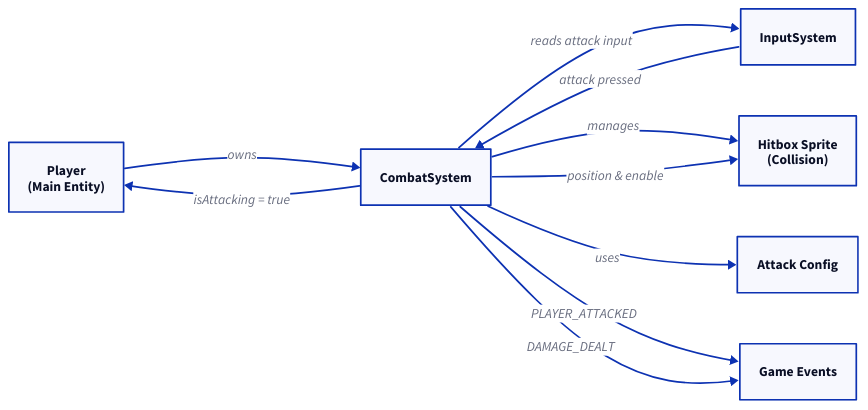
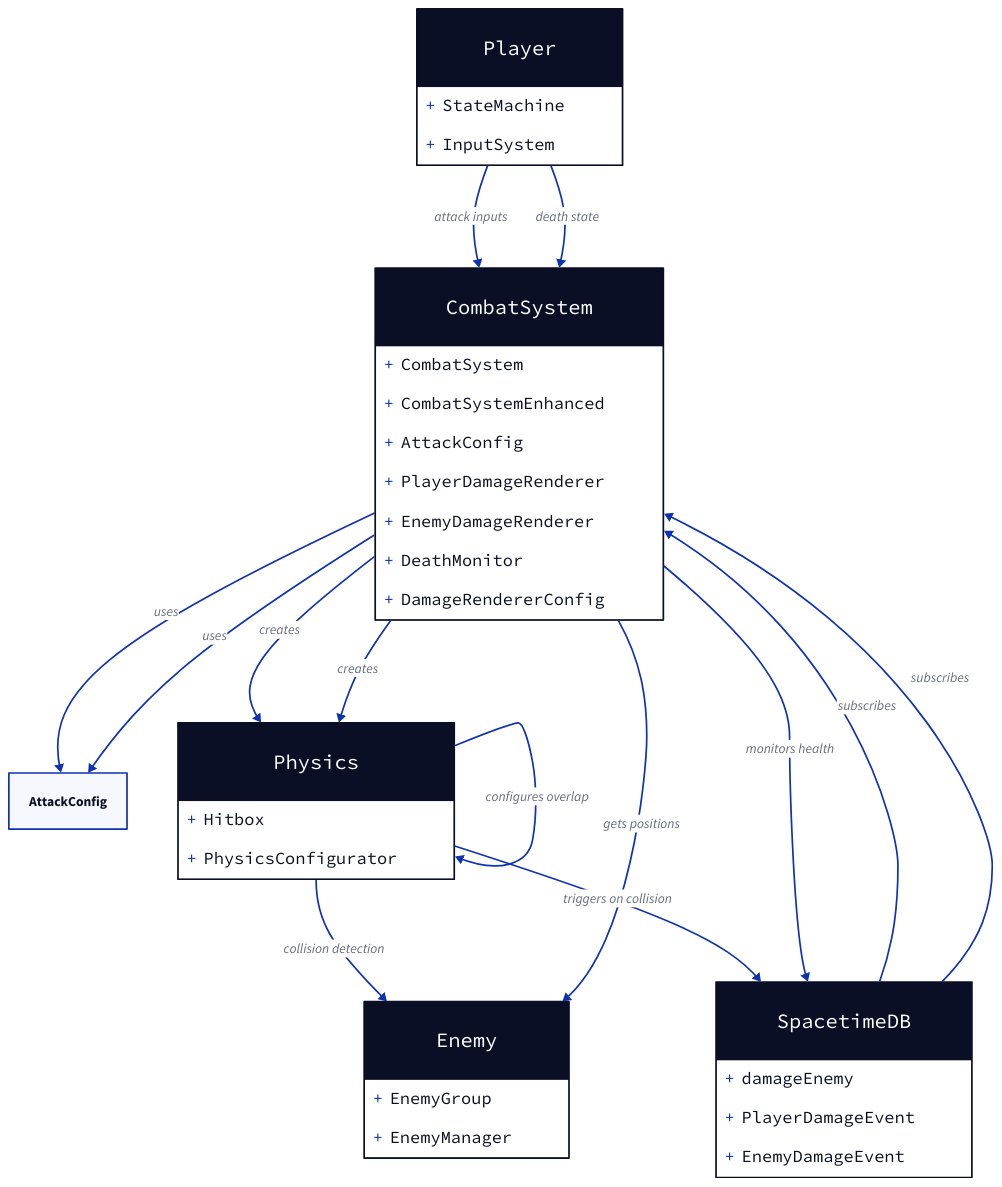
One commit to DevTK0/jump-story-mvp changed the first of 2 diagrams in docs/content/docs/player/combat.md. Above: the diagram before and after it, drawn with D2. The commit also changed other lines of this file and 10 other files, not shown here.

````diff
--- a/docs/content/docs/player/combat.md
+++ b/docs/content/docs/player/combat.md
@@ -5,42 +5,55 @@
-```d2
-direction: right
+```d2 layout="elk"
+CombatSystem: {
+    shape: class
+    CombatSystem
+    CombatSystemEnhanced
+    AttackConfig
+    PlayerDamageRenderer
+    EnemyDamageRenderer
+    DeathMonitor
+    DamageRendererConfig
+}
+
+CombatSystem.CombatSystem -> AttackConfig: uses
+CombatSystem.CombatSystemEnhanced -> AttackConfig: uses
+CombatSystem.CombatSystem -> Physics.Hitbox: creates
+CombatSystem.CombatSystemEnhanced -> Physics.Hitbox: creates
+
+Physics: {
+    shape: class
+    PhysicsConfigurator
+    Hitbox
+}
+
+Physics.PhysicsConfigurator -> Physics.Hitbox: configures overlap
+Physics.PhysicsConfigurator -> Enemy.EnemyGroup: collision detection
+
+SpacetimeDB: {
+    shape: class
+    damageEnemy
+    PlayerDamageEvent
+    EnemyDamageEvent
+}
+
+Physics.Hitbox -> SpacetimeDB.damageEnemy: triggers on collision
+SpacetimeDB.PlayerDamageEvent -> CombatSystem.PlayerDamageRenderer: subscribes
+SpacetimeDB.EnemyDamageEvent -> CombatSystem.EnemyDamageRenderer: subscribes
 
 Player: {
-  label: "Player\n(Main Entity)"
+    shape: class
+    StateMachine
+    InputSystem
 }
 
-CombatSystem: {
-  label: "CombatSystem"
+Player.InputSystem -> CombatSystem.CombatSystem: attack inputs
+Player.StateMachine -> CombatSystem.DeathMonitor: death state
+CombatSystem.DeathMonitor -> SpacetimeDB.PlayerDamageEvent: monitors health
+
+Enemy: {
+    shape: class
+    EnemyGroup
+    EnemyManager
 }
 
-InputSystem: {
-  label: "InputSystem"
-}
-
-HitboxSprite: {
-  label: "Hitbox Sprite\n(Collision)"
-}
-
-GameEvents: {
-  label: "Game Events"
-}
-
-AttackConfig: {
-  label: "Attack Config"
-}
-
-# Dependencies
-Player -> CombatSystem: owns
-CombatSystem -> InputSystem: reads attack input
-CombatSystem -> HitboxSprite: manages
-CombatSystem -> AttackConfig: uses
-
-# Event Communication
-CombatSystem -> GameEvents: PLAYER_ATTACKED
-CombatSystem -> GameEvents: DAMAGE_DEALT
-
-# Attack Flow
-InputSystem -> CombatSystem: attack pressed
-CombatSystem -> Player: isAttacking = true
-CombatSystem -> HitboxSprite: position & enable
+CombatSystem.EnemyDamageRenderer -> Enemy.EnemyManager: gets positions
 ```
````
